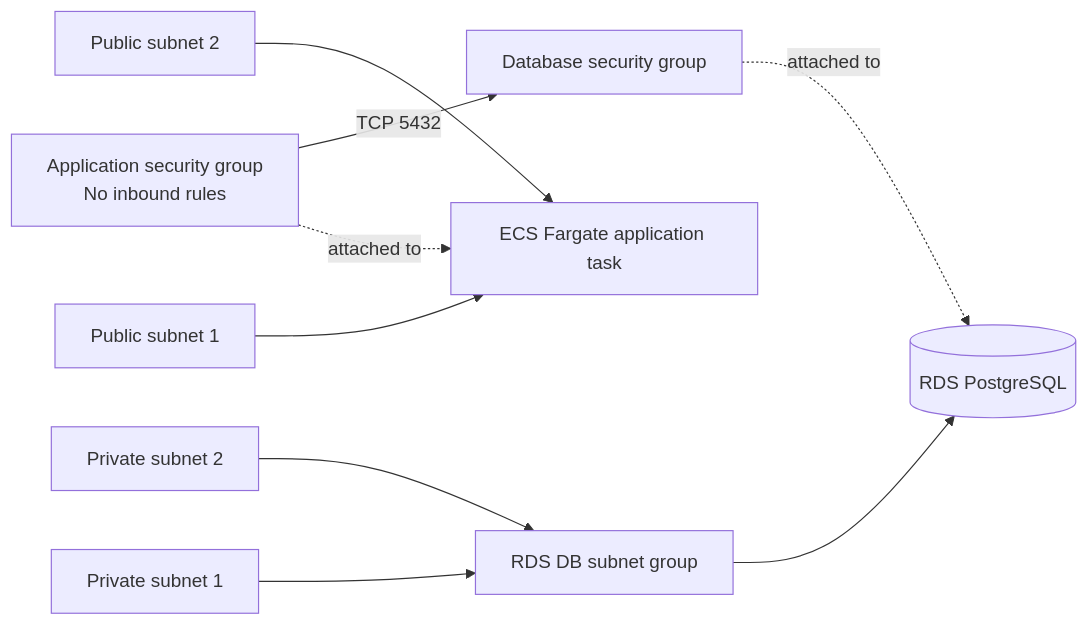
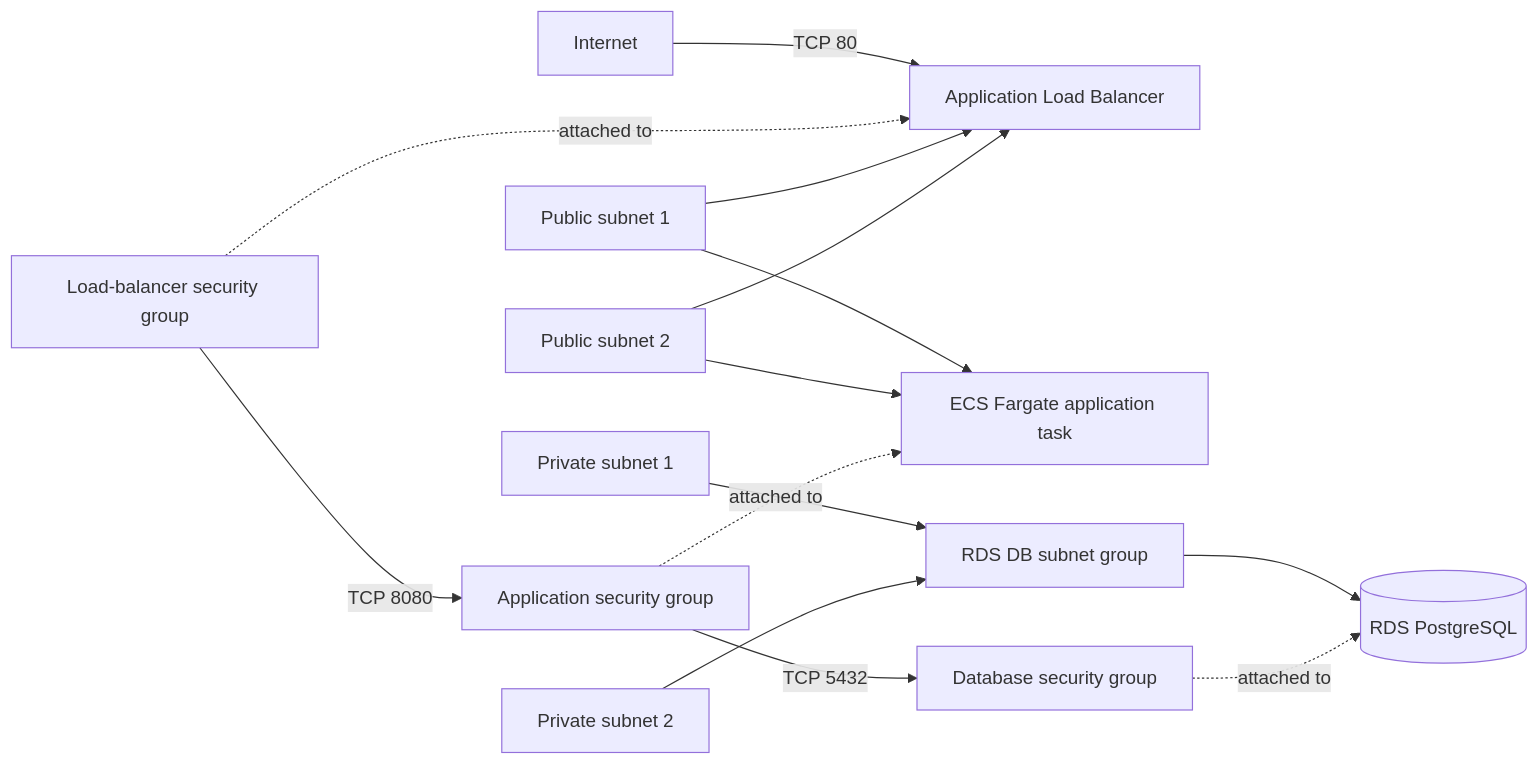
One commit to istvandezsi/java-cloud-platform-lab changed the diagram in terraform/README.md. Above: the diagram before and after it, drawn with Mermaid. The commit also changed other lines of this file and 3 other files, not shown here.

Commit message:
Add Application Load Balancer public access

````diff
--- a/terraform/README.md
+++ b/terraform/README.md
@@ -260,13 +262,20 @@
 ```mermaid
 flowchart LR
-    PublicSubnet1[Public subnet 1] --> Application[ECS Fargate application task]
-    PublicSubnet2[Public subnet 2] --> Application
-    ApplicationSecurityGroup[Application security group<br/>No inbound rules] -. attached to .-> Application
+    Internet[Internet] -->|TCP 80| LoadBalancer[Application Load Balancer]
+    LoadBalancerSecurityGroup[Load-balancer security group] -. attached to .-> LoadBalancer
+
+    PublicSubnet1[Public subnet 1] --> LoadBalancer
+    PublicSubnet2[Public subnet 2] --> LoadBalancer
+    PublicSubnet1 --> Application[ECS Fargate application task]
+    PublicSubnet2 --> Application
+
+    LoadBalancerSecurityGroup -->|TCP 8080| ApplicationSecurityGroup[Application security group]
+    ApplicationSecurityGroup -. attached to .-> Application
 
     PrivateSubnet1[Private subnet 1] --> SubnetGroup[RDS DB subnet group]
     PrivateSubnet2[Private subnet 2] --> SubnetGroup
     SubnetGroup --> Database[(RDS PostgreSQL)]
 
     DatabaseSecurityGroup[Database security group] -. attached to .-> Database
     ApplicationSecurityGroup -->|TCP 5432| DatabaseSecurityGroup
 ```
````
